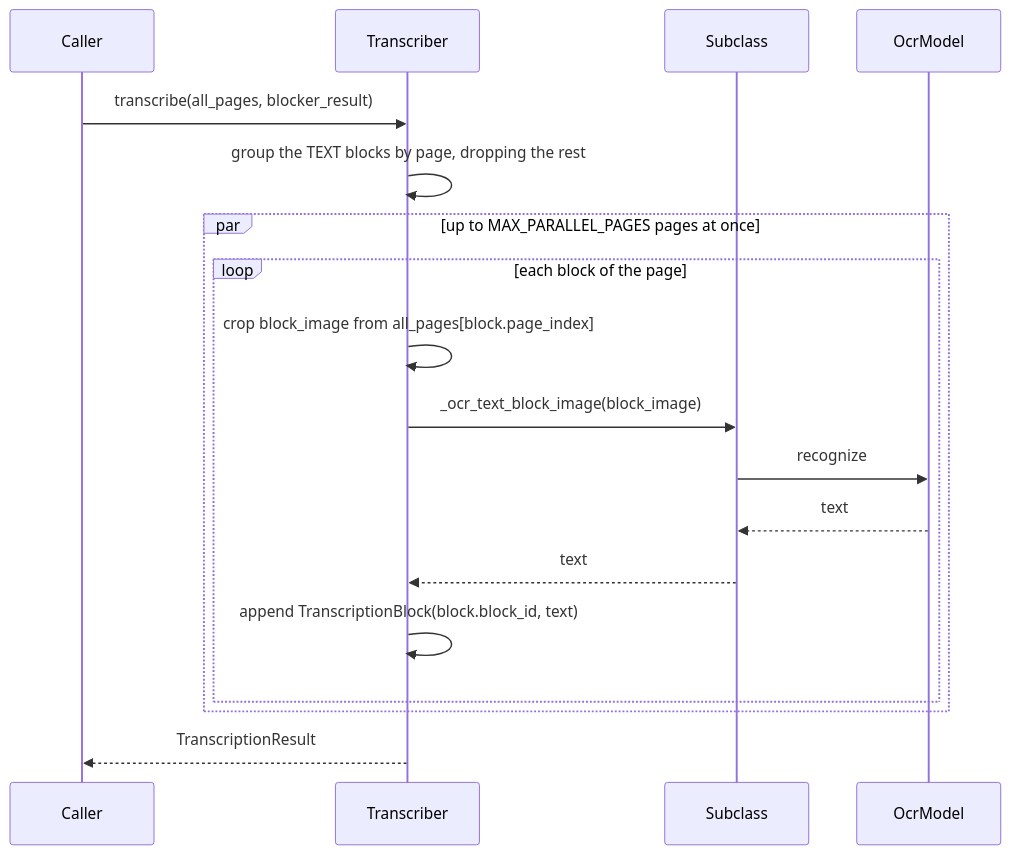
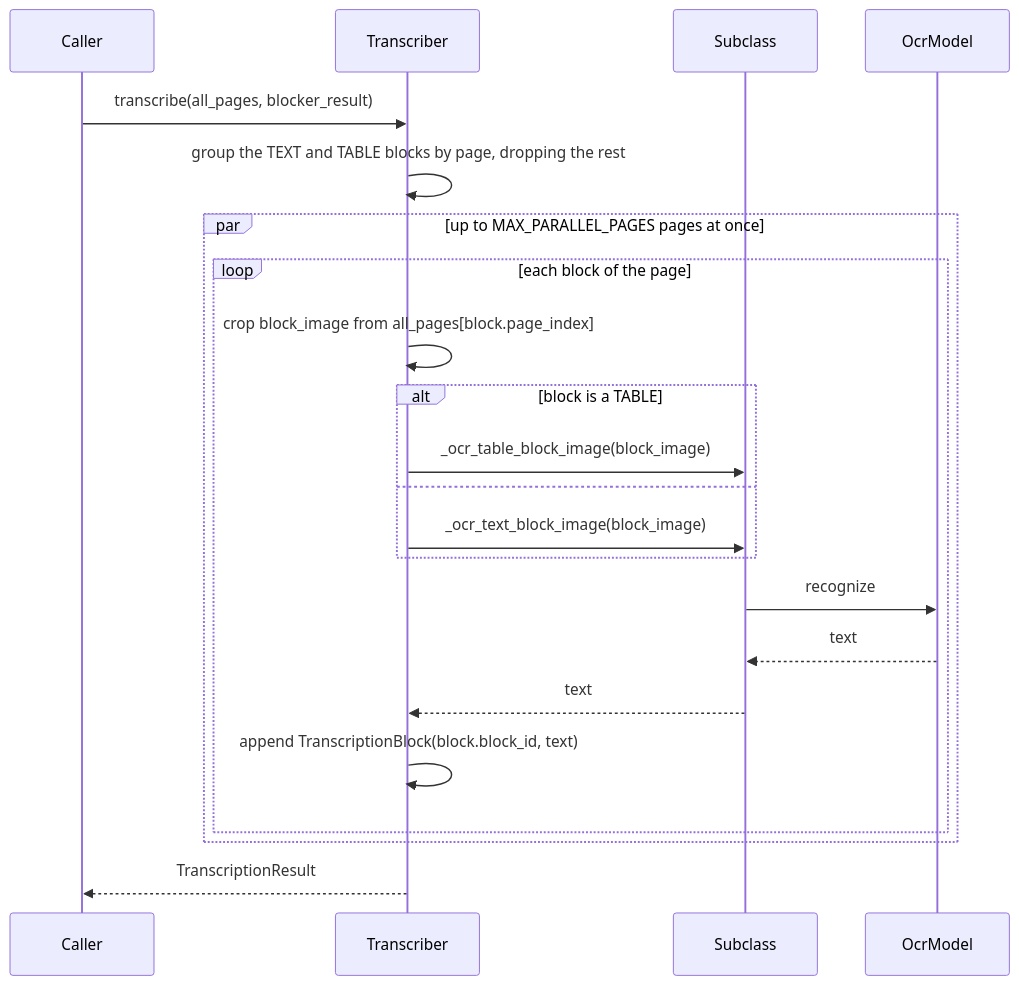
One commit to konbraphat51/SuperSuat changed the second of 2 diagrams in Uploader/OcrModule/Blocked/Docs/Transcriber.md. Above: the diagram before and after it, drawn with Mermaid. The commit also changed other lines of this file and 2 other files, not shown here.

First line of the commit message:
feat: transcribe table blocks

````diff
--- a/Uploader/OcrModule/Blocked/Docs/Transcriber.md
+++ b/Uploader/OcrModule/Blocked/Docs/Transcriber.md
@@ -46,20 +52,24 @@
 ```mermaid
 sequenceDiagram
     participant Caller
     participant Transcriber
     participant Subclass
     participant OcrModel
     Caller->>Transcriber: transcribe(all_pages, blocker_result)
-    Transcriber->>Transcriber: group the TEXT blocks by page, dropping the rest
+    Transcriber->>Transcriber: group the TEXT and TABLE blocks by page, dropping the rest
     par up to MAX_PARALLEL_PAGES pages at once
         loop each block of the page
             Transcriber->>Transcriber: crop block_image from all_pages[block.page_index]
-            Transcriber->>Subclass: _ocr_text_block_image(block_image)
+            alt block is a TABLE
+                Transcriber->>Subclass: _ocr_table_block_image(block_image)
+            else
+                Transcriber->>Subclass: _ocr_text_block_image(block_image)
+            end
             Subclass->>OcrModel: recognize
             OcrModel-->>Subclass: text
             Subclass-->>Transcriber: text
             Transcriber->>Transcriber: append TranscriptionBlock(block.block_id, text)
         end
     end
     Transcriber-->>Caller: TranscriptionResult
 ```
````
